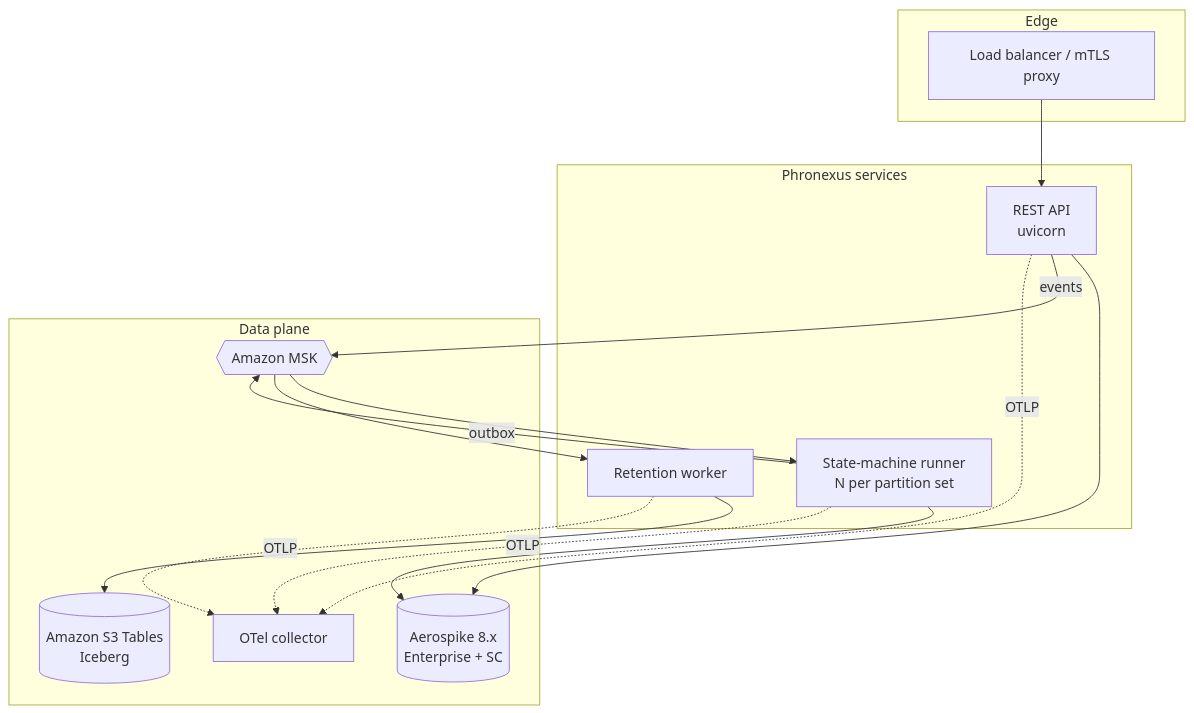
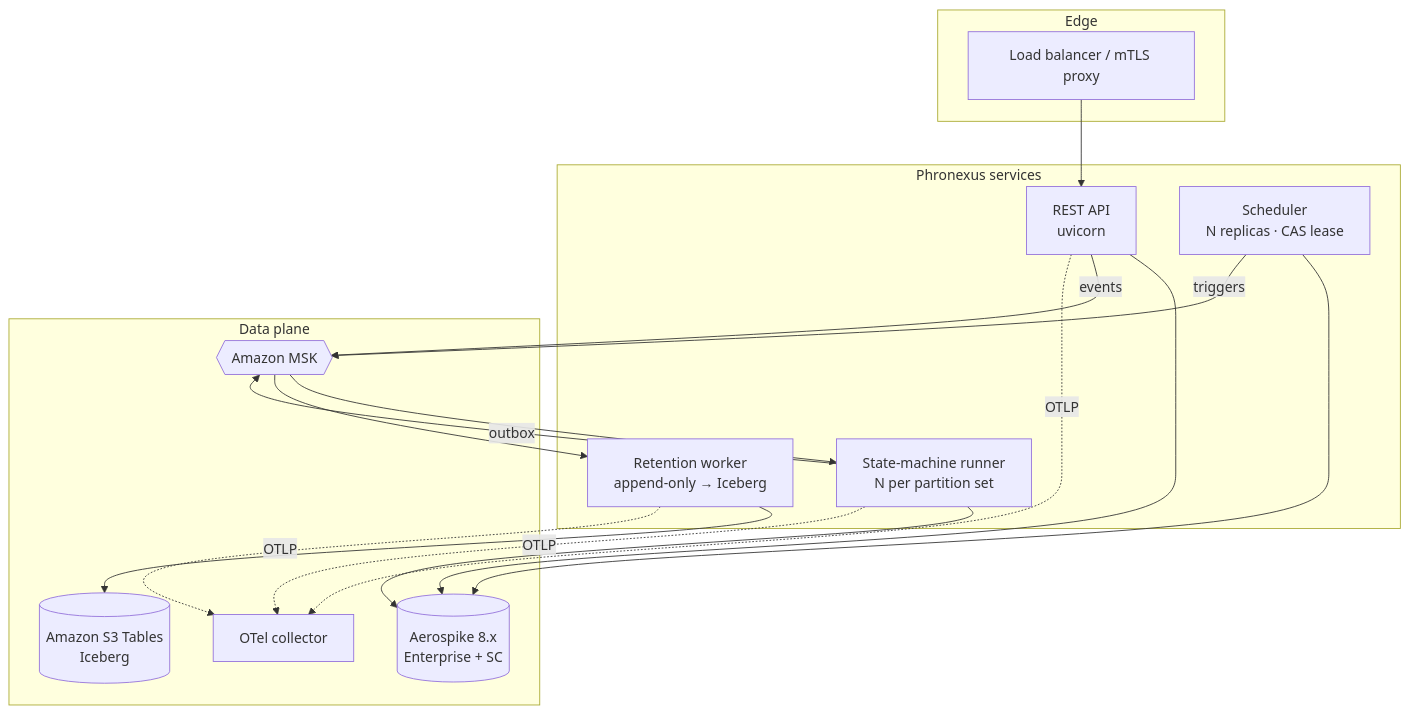
Before and after one commit to shubham3582/test: the first of 2 diagrams in docs/deployment.md, drawn with Mermaid. The commit also changed other lines of this file and 12 other files, not shown here.

````diff
--- a/docs/deployment.md
+++ b/docs/deployment.md
@@ -9,28 +9,31 @@
 ```mermaid
 flowchart TB
     subgraph edge[Edge]
       LB[Load balancer / mTLS proxy]
     end
     subgraph svc[Phronexus services]
       API[REST API<br/>uvicorn]
       RUN[State-machine runner<br/>N per partition set]
-      RET[Retention worker]
+      SCH[Scheduler<br/>N replicas · CAS lease]
+      RET[Retention worker<br/>append-only → Iceberg]
     end
     subgraph data[Data plane]
       AERO[(Aerospike 8.x<br/>Enterprise + SC)]
       MSK{{Amazon MSK}}
       S3T[(Amazon S3 Tables<br/>Iceberg)]
       OTEL[OTel collector]
     end
 
     LB --> API
     API --> AERO
     API -- events --> MSK
     RUN --> AERO
     MSK --> RUN
     RUN -- outbox --> MSK
+    SCH --> AERO
+    SCH -- triggers --> MSK
     MSK --> RET --> S3T
     API -.OTLP.-> OTEL
     RUN -.OTLP.-> OTEL
     RET -.OTLP.-> OTEL
 ```
````
